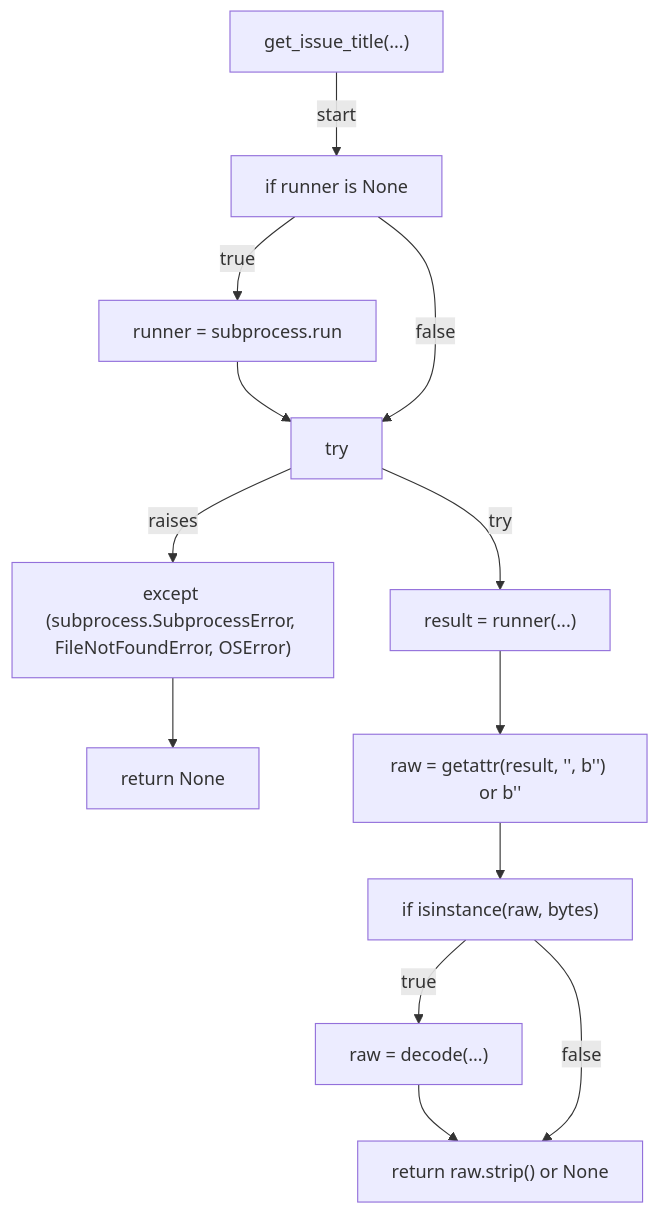
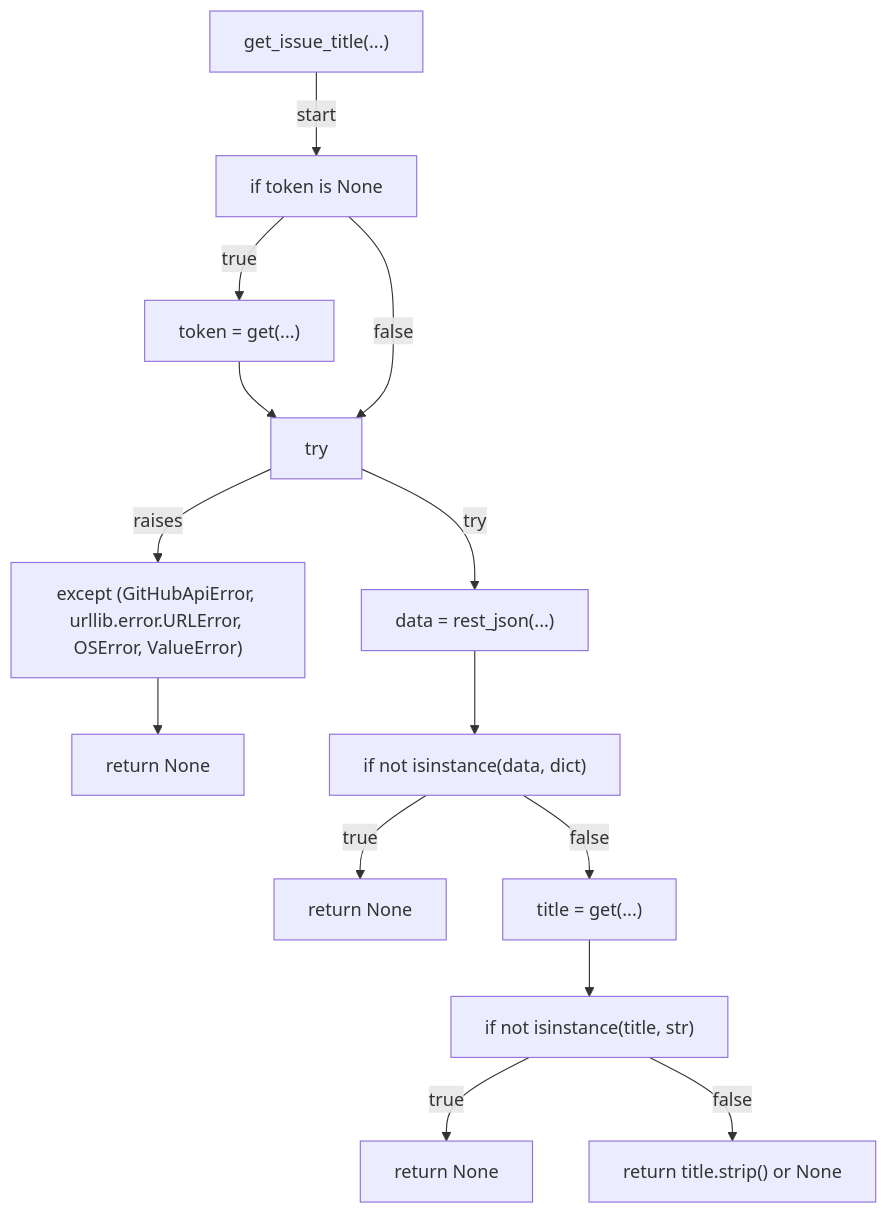
The second of 6 diagrams in docs/generated/scripts/ast/verify_linked_issue_titles.md (tvna/claude-md), drawn with Mermaid before and after one commit. The commit also changed other lines of this file and 15 other files, not shown here.

First line of the commit message:
docs(generated): regenerate decision tree and workflow diagrams

````diff
--- a/docs/generated/scripts/ast/verify_linked_issue_titles.md
+++ b/docs/generated/scripts/ast/verify_linked_issue_titles.md
@@ -18,26 +18,29 @@
 ```mermaid
 flowchart TD
     N001["get_issue_title(...)"]
-    N002["if runner is None"]
-    N003["runner = subprocess.run"]
+    N002["if token is None"]
+    N003["token = get(...)"]
     N004["try"]
-    N005["result = runner(...)"]
-    N006["except (subprocess.SubprocessError, FileNotFoundError, OSError)"]
+    N005["data = rest_json(...)"]
+    N006["except (GitHubApiError, urllib.error.URLError, OSError, ValueError)"]
     N007["return None"]
-    N008["raw = getattr(result, '<str>', b'') or b''"]
-    N009["if isinstance(raw, bytes)"]
-    N010["raw = decode(...)"]
-    N011["return raw.strip() or None"]
+    N008["if not isinstance(data, dict)"]
+    N009["return None"]
+    N010["title = get(...)"]
+    N011["if not isinstance(title, str)"]
+    N012["return None"]
+    N013["return title.strip() or None"]
     N001 -->|"start"| N002
     N002 -->|"true"| N003
     N003 --> N004
     N002 -->|"false"| N004
     N004 -->|"try"| N005
     N004 -->|"raises"| N006
     N006 --> N007
     N005 --> N008
-    N008 --> N009
-    N009 -->|"true"| N010
+    N008 -->|"true"| N009
+    N008 -->|"false"| N010
     N010 --> N011
-    N009 -->|"false"| N011
+    N011 -->|"true"| N012
+    N011 -->|"false"| N013
 ```
````
